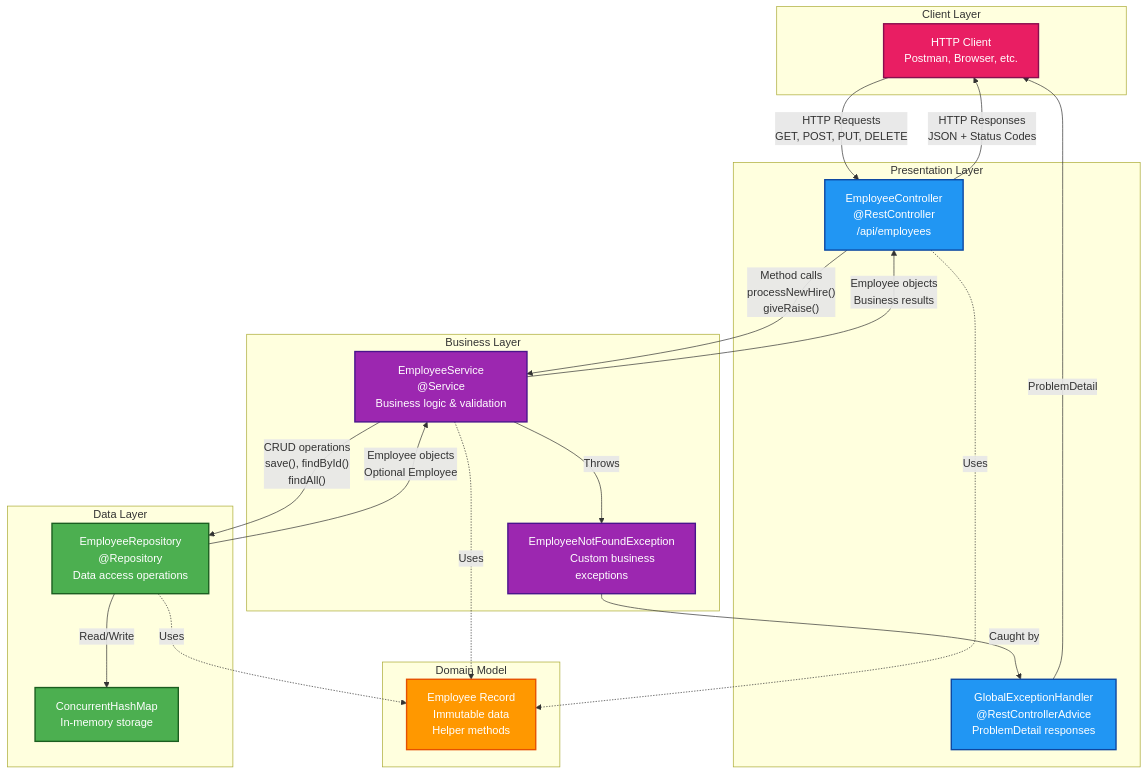
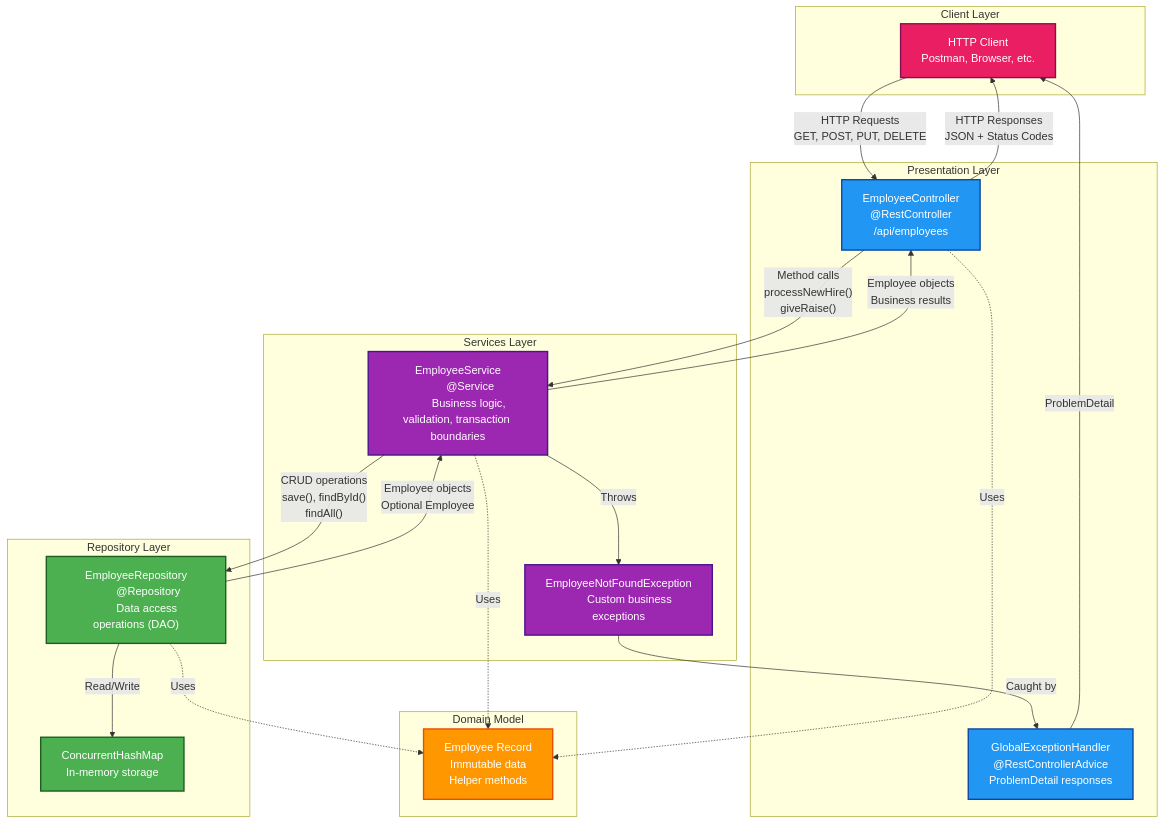
Before and after one commit to kousen/java-skills-project: the diagram in web-services/REST_API_Architecture.md, drawn with Mermaid. The commit also changed 4 other files, not shown here.

```diff
--- a/web-services/REST_API_Architecture.md
+++ b/web-services/REST_API_Architecture.md
@@ -20,18 +20,18 @@
         ProblemDetail responses"]
     end
 
-    subgraph "Business Layer"
+    subgraph "Services Layer"
         Service["EmployeeService
         @Service
-        Business logic & validation"]
+        Business logic, validation, transaction boundaries"]
         Exception["EmployeeNotFoundException
         Custom business exceptions"]
     end
 
-    subgraph "Data Layer"
+    subgraph "Repository Layer"
         Repository["EmployeeRepository
         @Repository
-        Data access operations"]
+        Data access operations (DAO)"]
         Storage["ConcurrentHashMap
         In-memory storage"]
     end
```
